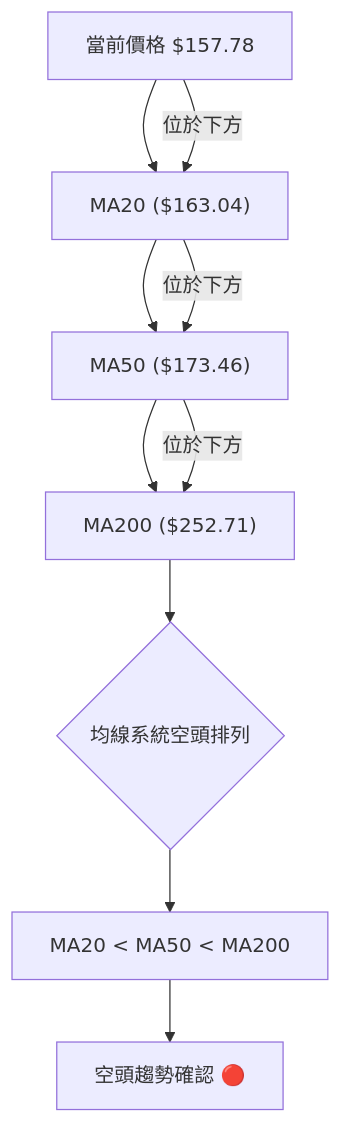
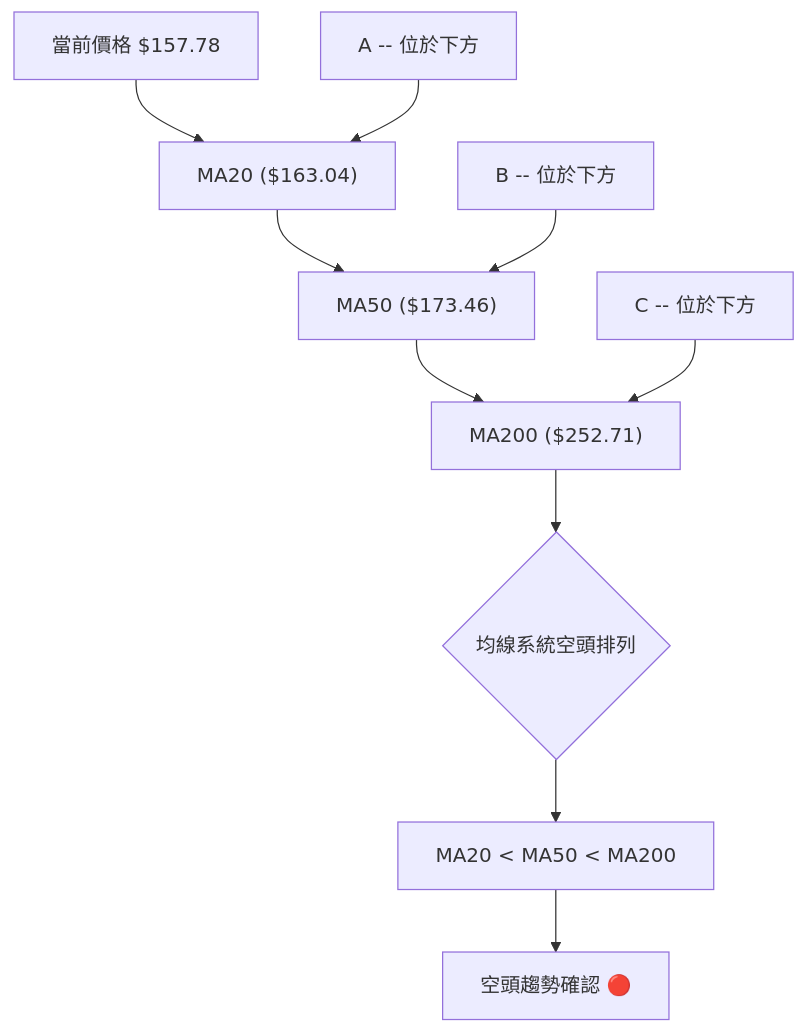
The sixth of 11 diagrams in ai_gen_report/stock/avav/technical_analysis_2026-07-09_gemini.md (yennanliu/finance_data), drawn with Mermaid before and after one commit. The commit also changed other lines of this file and 2258 other files, not shown here.

First line of the commit message:
chore: backfill Mermaid syntax repair across existing reports

````diff
--- a/ai_gen_report/stock/avav/technical_analysis_2026-07-09_gemini.md
+++ b/ai_gen_report/stock/avav/technical_analysis_2026-07-09_gemini.md
@@ -399,12 +399,12 @@
 ```mermaid
 graph TD
     A["當前價格 $157.78"] --> B["MA20 ($163.04)"]
     B --> C["MA50 ($173.46)"]
     C --> D["MA200 ($252.71)"]
-    A -- 位於下方 --> B
-    B -- 位於下方 --> C
-    C -- 位於下方 --> D
+    nb1["A -- 位於下方"] --> B
+    nb2["B -- 位於下方"] --> C
+    nb3["C -- 位於下方"] --> D
     D --> E{"均線系統空頭排列"}
     E --> F["MA20 < MA50 < MA200"]
     F --> G["空頭趨勢確認 🔴"]
 ```
````
